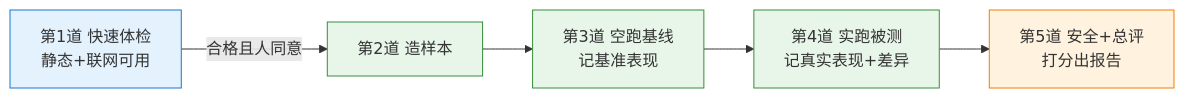
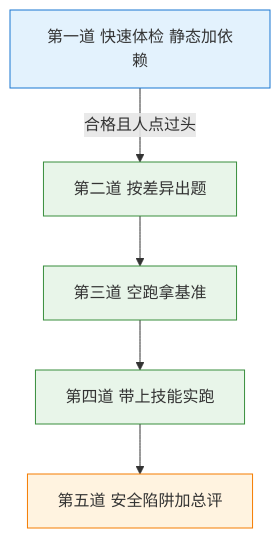
The eighth of 14 diagrams in references/skill-evaluation-system.md (huanggq26/skill-evaluator), drawn with Mermaid before and after one commit. The commit also changed other lines of this file, not shown here.

````diff
--- a/references/skill-evaluation-system.md
+++ b/references/skill-evaluation-system.md
@@ -204,12 +269,12 @@
 ```mermaid
-flowchart LR
-    关0[第1道 快速体检<br/>静态+联网可用] -->|合格且人同意| 关1[第2道 造样本]
-    关1 --> 关2[第3道 空跑基线<br/>记基准表现]
-    关2 --> 关3[第4道 实跑被测<br/>记真实表现+差异]
-    关3 --> 关4[第5道 安全+总评<br/>打分出报告]
+flowchart TB
+    关0[第一道 快速体检 静态加依赖] -->|合格且人点过头| 关1[第二道 按差异出题]
+    关1 --> 关2[第三道 空跑拿基准]
+    关2 --> 关3[第四道 带上技能实跑]
+    关3 --> 关4[第五道 安全陷阱加总评]
     style 关0 fill:#e3f2fd,stroke:#1976d2
     style 关1 fill:#e8f5e9,stroke:#388e3c
     style 关2 fill:#e8f5e9,stroke:#388e3c
     style 关3 fill:#e8f5e9,stroke:#388e3c
     style 关4 fill:#fff3e0,stroke:#f57c00
 ```
````
